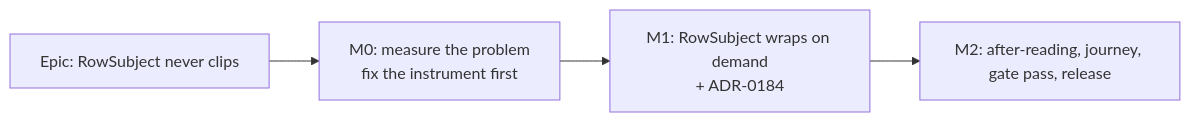
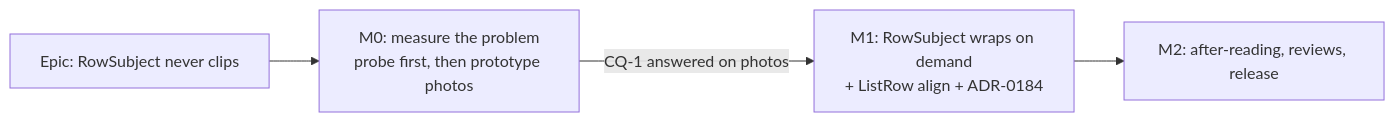
Before and after one commit to HuttonHomeHub/SchedulePoint_1: the diagram in docs/specs/row-subject-truncation/implementation-plan.md, drawn with Mermaid. The commit also changed other lines of this file and 3 other files, not shown here.

````diff
--- a/docs/specs/row-subject-truncation/implementation-plan.md
+++ b/docs/specs/row-subject-truncation/implementation-plan.md
@@ -9,6 +9,6 @@
 ```mermaid
 flowchart LR
-  E[Epic: RowSubject never clips] --> M0[M0: measure the problem<br/>fix the instrument first]
-  M0 --> M1[M1: RowSubject wraps on demand<br/>+ ADR-0184]
-  M1 --> M2[M2: after-reading, journey, gate pass, release]
+  E[Epic: RowSubject never clips] --> M0[M0: measure the problem<br/>probe first, then prototype photos]
+  M0 -->|CQ-1 answered on photos| M1[M1: RowSubject wraps on demand<br/>+ ListRow align + ADR-0184]
+  M1 --> M2[M2: after-reading, reviews, release]
 ```
````
